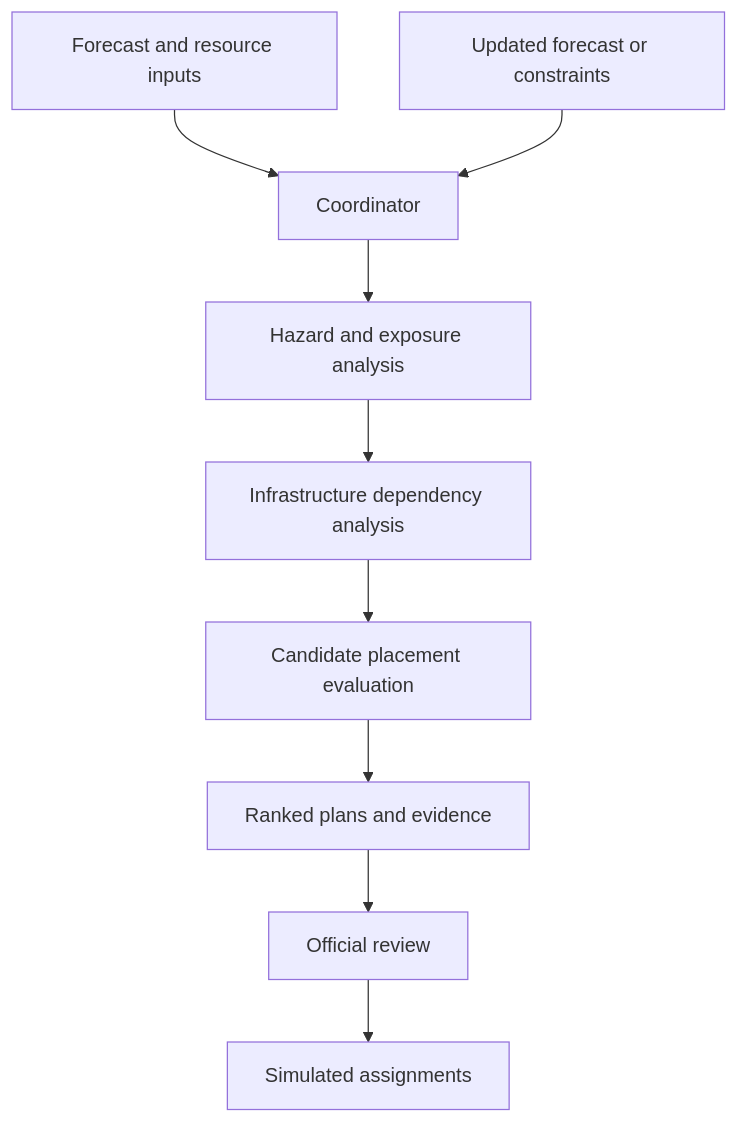
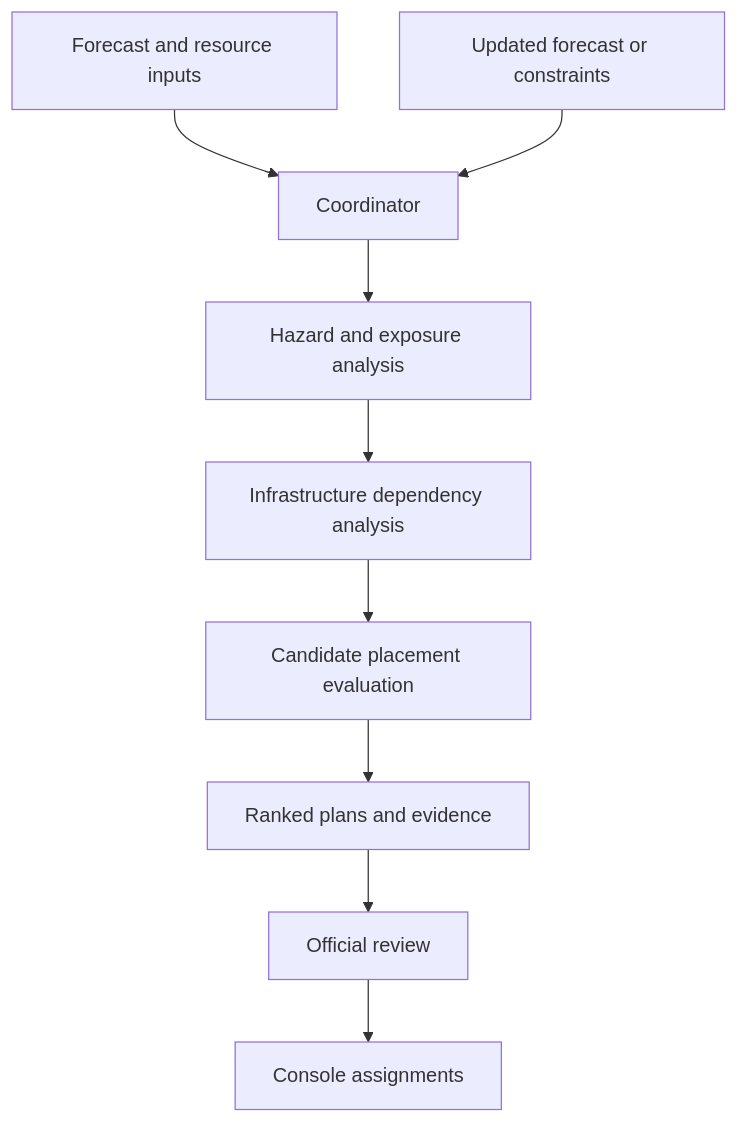
One commit to pb0104/StormAhead changed the diagram in notes.md. Above: the diagram before and after it, drawn with Mermaid. The commit also changed other lines of this file and 71 other files, not shown here.

````diff
--- a/notes.md
+++ b/notes.md
@@ -88,11 +88,11 @@
 ```mermaid
 flowchart TD
     A["Forecast and resource inputs"] --> B["Coordinator"]
     B --> C["Hazard and exposure analysis"]
     C --> D["Infrastructure dependency analysis"]
     D --> E["Candidate placement evaluation"]
     E --> F["Ranked plans and evidence"]
     F --> G["Official review"]
-    G --> H["Simulated assignments"]
+    G --> H["Console assignments"]
     I["Updated forecast or constraints"] --> B
 ```
````
